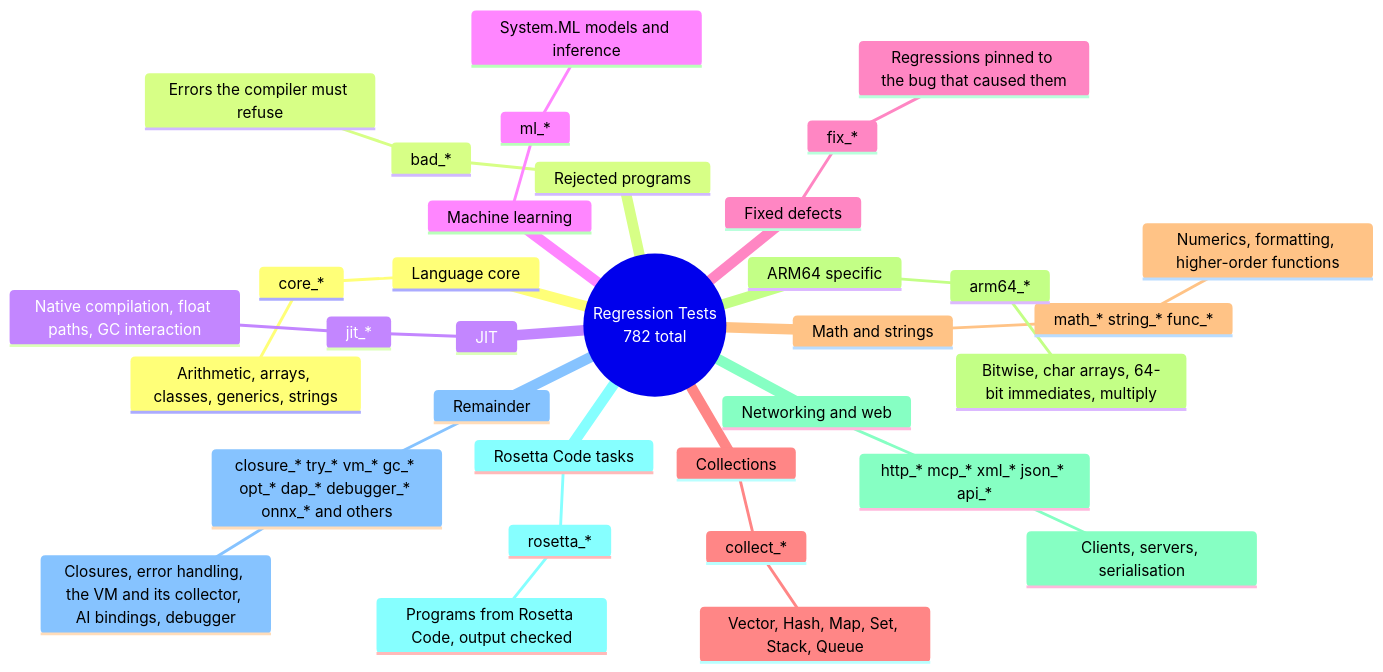
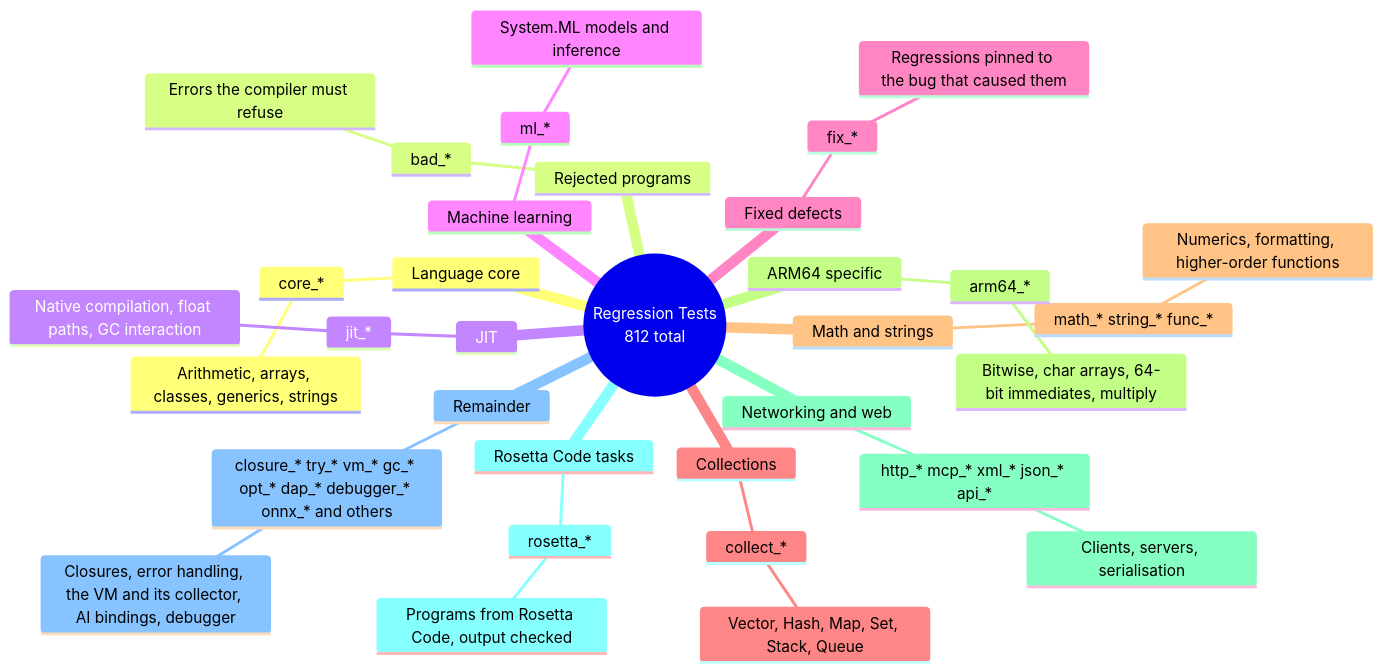
Before and after one commit to objeck/objeck-lang: diagram 17 of 24 in docs/architecture.md, drawn with Mermaid. The commit also changed other lines of this file and 21 other files, not shown here.

````diff
--- a/docs/architecture.md
+++ b/docs/architecture.md
@@ -934,38 +935,38 @@
 ```mermaid
 mindmap
     root((Regression Tests
-    782 total))
+    812 total))
         Language core
             core_*
                 Arithmetic, arrays, classes, generics, strings
         Rejected programs
             bad_*
                 Errors the compiler must refuse
         JIT
             jit_*
                 Native compilation, float paths, GC interaction
         Machine learning
             ml_*
                 System.ML models and inference
         Fixed defects
             fix_*
                 Regressions pinned to the bug that caused them
         Collections
             collect_*
                 Vector, Hash, Map, Set, Stack, Queue
         Math and strings
             math_* string_* func_*
                 Numerics, formatting, higher-order functions
         ARM64 specific
             arm64_*
                 Bitwise, char arrays, 64-bit immediates, multiply
         Networking and web
             http_* mcp_* xml_* json_* api_*
                 Clients, servers, serialisation
         Rosetta Code tasks
             rosetta_*
                 Programs from Rosetta Code, output checked
         Remainder
             closure_* try_* vm_* gc_* opt_* dap_* debugger_* onnx_* and others
                 Closures, error handling, the VM and its collector, AI bindings, debugger
 ```
````
